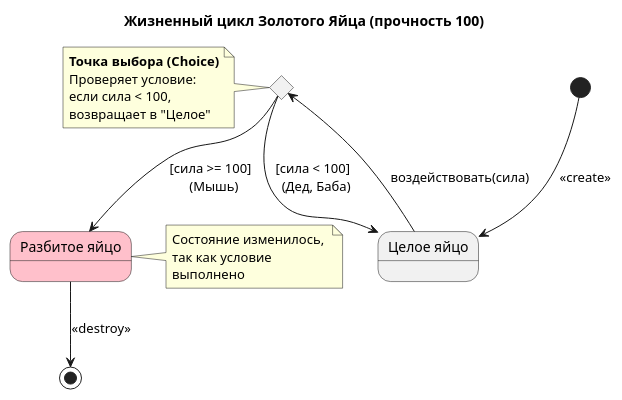
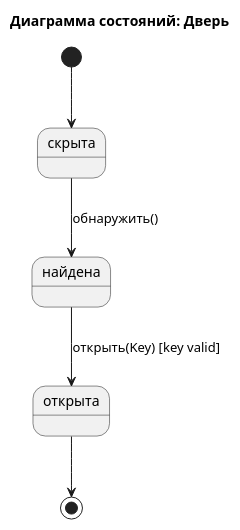
One commit to lMilleRl/Golden-Key-Authentication-system- changed the diagram in doc/state.puml. Above: the diagram before and after it, drawn with PlantUML.

Commit message:
Replace state.puml

```diff
--- a/doc/state.puml
+++ b/doc/state.puml
@@ -1,36 +1,16 @@
 @startuml
-skinparam state {
-  BackgroundColor<<Broken>> #pink
-}
+title Диаграмма состояний: Дверь
 
-title Жизненный цикл Золотого Яйца (прочность 100)
+state "скрыта" as Hidden
+state "найдена" as Discovered
+state "открыта" as Opened
 
-[*] --> Целое : <<create>>
 
-state "Целое яйцо" as Целое
-state "Разбитое яйцо" as Разбитое <<Broken>>
-state c <<choice>> 
+[*] --> Hidden
 
 ' Все воздействия идут в точку принятия решения
-Целое --> c : воздействовать(сила)
+Hidden --> Discovered : обнаружить()
+Discovered --> Opened : открыть(Key) [key valid]
 
-' Логика распределения потоков
-c --> Целое : [сила < 100] \n (Дед, Баба)
-c --> Разбитое : [сила >= 100] \n (Мышь)
-
-' Финал
-Разбитое --> [*] : <<destroy>>
-
-note left of c
-  **Точка выбора (Choice)**
-  Проверяет условие:
-  если сила < 100, 
-  возвращает в "Целое"
-end note
-
-note right of Разбитое
-  Состояние изменилось, 
-  так как условие 
-  выполнено
-end note
+Opened --> [*]
 @enduml
```
